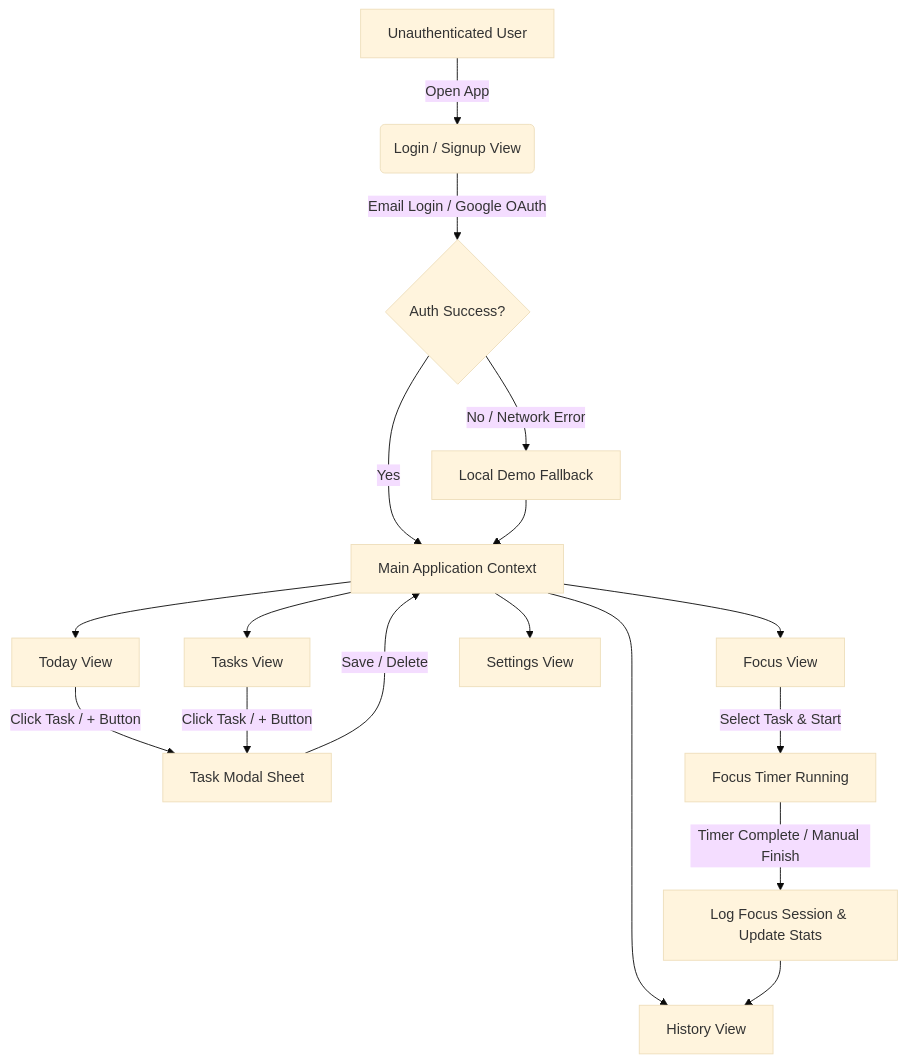
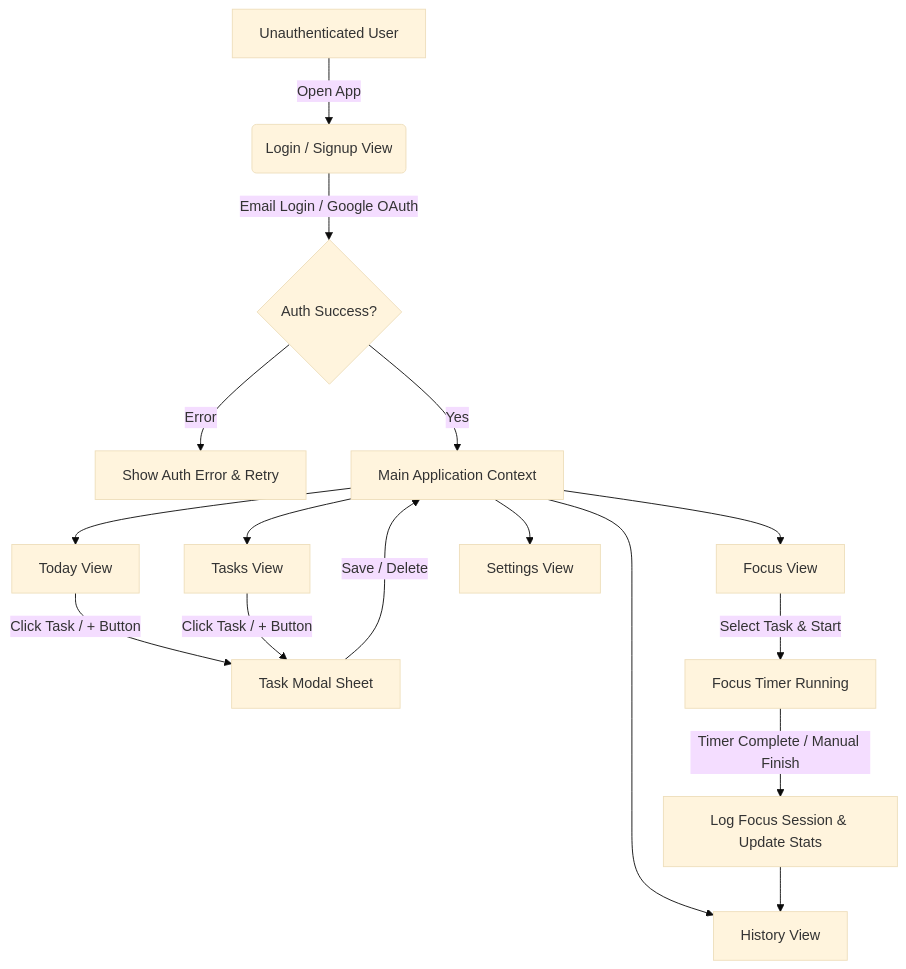
The diagram in docs/MMP_PRD.md (Adi-0504/skyfocus), drawn with Mermaid (base theme) before and after one commit. The commit also changed other lines of this file and 15 other files, not shown here.

````diff
--- a/docs/MMP_PRD.md
+++ b/docs/MMP_PRD.md
@@ -94,22 +94,21 @@
 ```mermaid
 flowchart TD
     A[Unauthenticated User] -->|Open App| B(Login / Signup View)
     B -->|Email Login / Google OAuth| C{Auth Success?}
-    C -->|No / Network Error| D[Local Demo Fallback]
+    C -->|Error| D[Show Auth Error & Retry]
     C -->|Yes| E[Main Application Context]
-    D --> E
     
     E --> F[Today View]
     E --> G[Tasks View]
     E --> H[Focus View]
     E --> I[History View]
     E --> J[Settings View]
 
     F -->|Click Task / + Button| K[Task Modal Sheet]
     G -->|Click Task / + Button| K
     K -->|Save / Delete| E
 
     H -->|Select Task & Start| L[Focus Timer Running]
     L -->|Timer Complete / Manual Finish| M[Log Focus Session & Update Stats]
     M --> I
 ```
````
